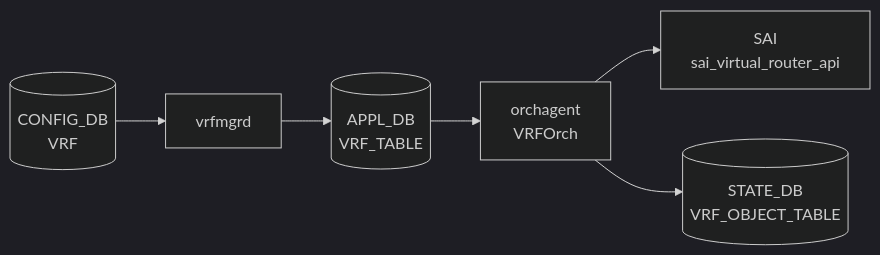
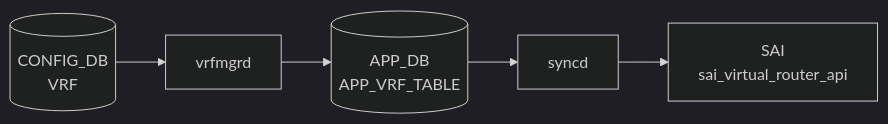
The diagram in docs/reference/config-db/appl-vrf.md (aoki-taquan/sonic-unofficial-docs), drawn with Mermaid (dark theme) before and after one commit. The commit also changed other lines of this file and 359 other files, not shown here.

````diff
--- a/docs/reference/config-db/appl-vrf.md
+++ b/docs/reference/config-db/appl-vrf.md
@@ -72,14 +72,12 @@
 ```mermaid
 flowchart LR
   CDB[("CONFIG_DB<br/>VRF")]
-  VRFMGRD["vrfmgrd"]
-  CDB --> VRFMGRD
-  APPDB[("APPL_DB<br/>VRF_TABLE")]
-  VRFMGRD --> APPDB
-  VRFORCH["orchagent<br/>VRFOrch"]
-  APPDB --> VRFORCH
+  DM["vrfmgrd"]
+  CDB --> DM
+  APPDB[("APP_DB<br/>APP_VRF_TABLE")]
+  DM --> APPDB
+  SYNCD["syncd"]
+  APPDB --> SYNCD
   SAI["SAI<br/>sai_virtual_router_api"]
-  VRFORCH --> SAI
-  STATEDB[("STATE_DB<br/>VRF_OBJECT_TABLE")]
-  VRFORCH --> STATEDB
+  SYNCD --> SAI
 ```
````
